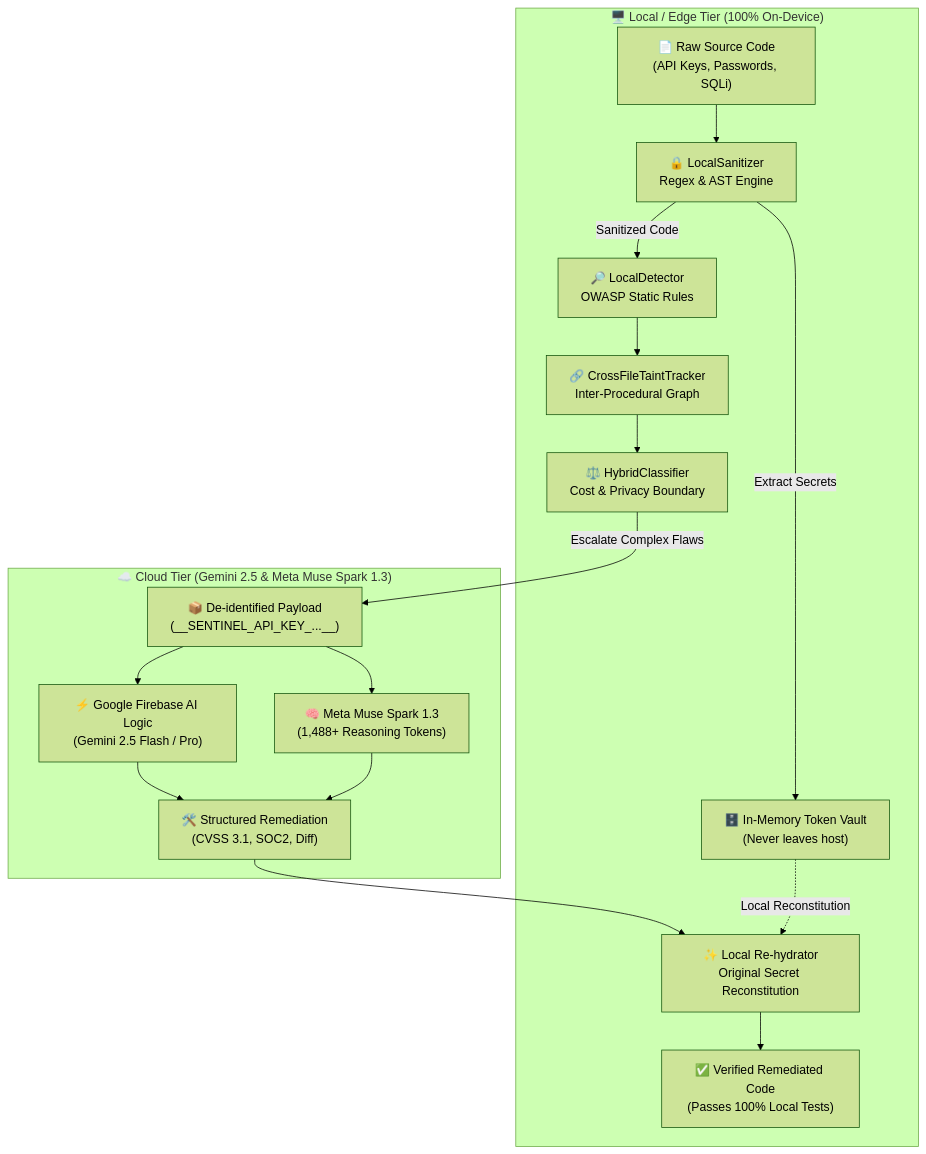
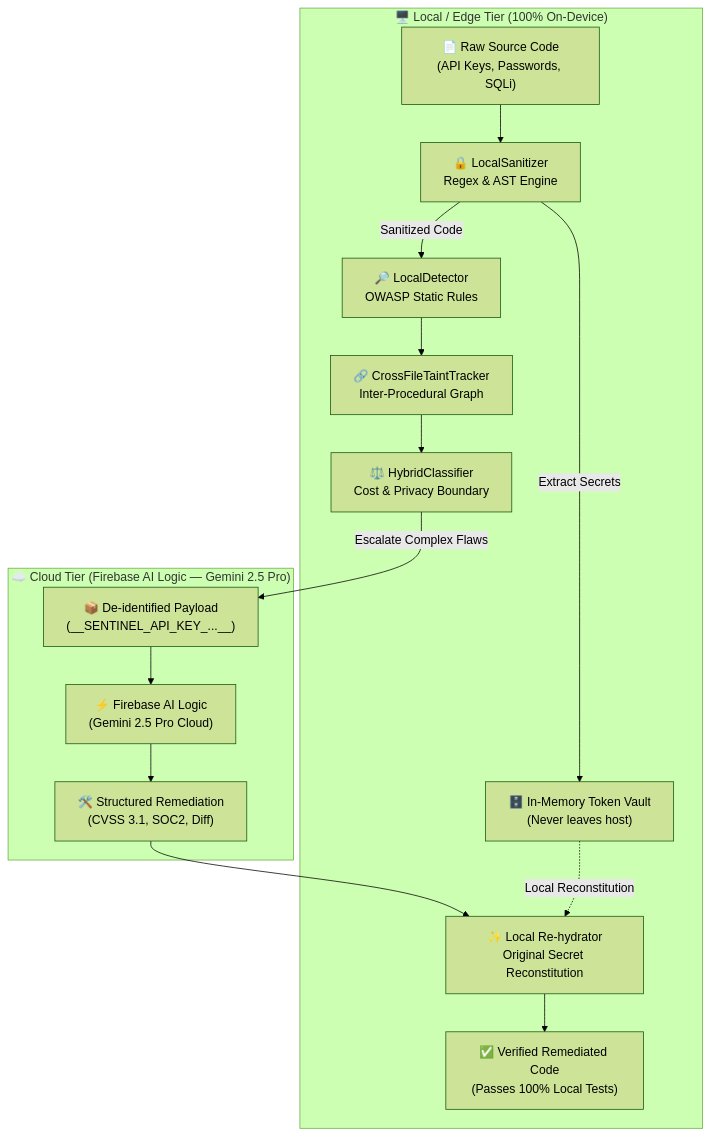
The first of 2 diagrams in README.md (genda-benjamin/sentinel-hybrid-ai), drawn with Mermaid (forest theme) before and after one commit. The commit also changed other lines of this file and 18 other files, not shown here.

First line of the commit message:
feat(day-1): purge unauthorized AI providers and wire Firebase AI Logic exclusively

````diff
--- a/README.md
+++ b/README.md
@@ -74,34 +74,31 @@
 ```mermaid
 flowchart TD
     subgraph Client ["🖥️ Local / Edge Tier (100% On-Device)"]
         Source["📄 Raw Source Code<br/>(API Keys, Passwords, SQLi)"]
         Sanitizer["🔒 LocalSanitizer<br/>Regex & AST Engine"]
         Vault["🗄️ In-Memory Token Vault<br/>(Never leaves host)"]
         Detector["🔎 LocalDetector<br/>OWASP Static Rules"]
         Classifier["⚖️ HybridClassifier<br/>Cost & Privacy Boundary"]
         TaintEngine["🔗 CrossFileTaintTracker<br/>Inter-Procedural Graph"]
         Rehydrator["✨ Local Re-hydrator<br/>Original Secret Reconstitution"]
         Verified["✅ Verified Remediated Code<br/>(Passes 100% Local Tests)"]
     end
 
-    subgraph Cloud ["☁️ Cloud Tier (Gemini 2.5 & Meta Muse Spark 1.3)"]
+    subgraph Cloud ["☁️ Cloud Tier (Firebase AI Logic — Gemini 2.5 Pro)"]
         Payload["📦 De-identified Payload<br/>(__SENTINEL_API_KEY_...__)"]
-        FirebaseAI["⚡ Google Firebase AI Logic<br/>(Gemini 2.5 Flash / Pro)"]
-        MuseAI["🧠 Meta Muse Spark 1.3<br/>(1,488+ Reasoning Tokens)"]
+        FirebaseAI["⚡ Firebase AI Logic<br/>(Gemini 2.5 Pro Cloud)"]
         Remediation["🛠️ Structured Remediation<br/>(CVSS 3.1, SOC2, Diff)"]
     end
 
     Source --> Sanitizer
     Sanitizer -->|Extract Secrets| Vault
     Sanitizer -->|Sanitized Code| Detector
     Detector --> TaintEngine
     TaintEngine --> Classifier
     Classifier -->|Escalate Complex Flaws| Payload
     Payload --> FirebaseAI
-    Payload --> MuseAI
     FirebaseAI --> Remediation
-    MuseAI --> Remediation
     Remediation --> Rehydrator
     Vault -.->|Local Reconstitution| Rehydrator
     Rehydrator --> Verified
 ```
````
